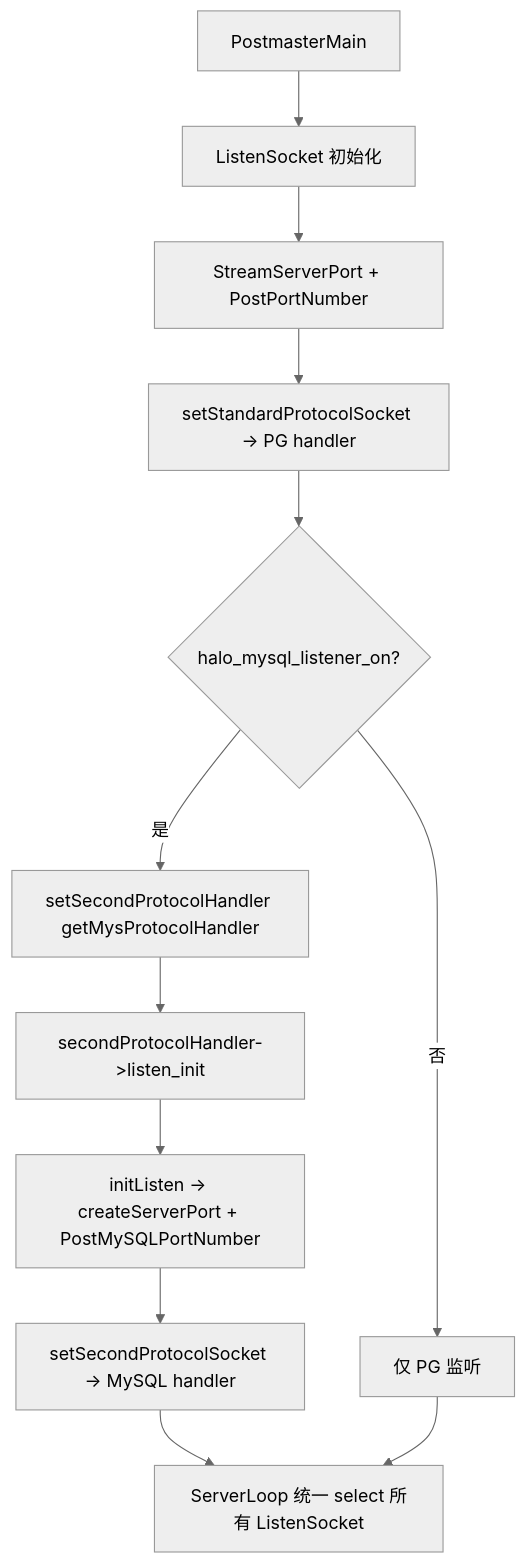
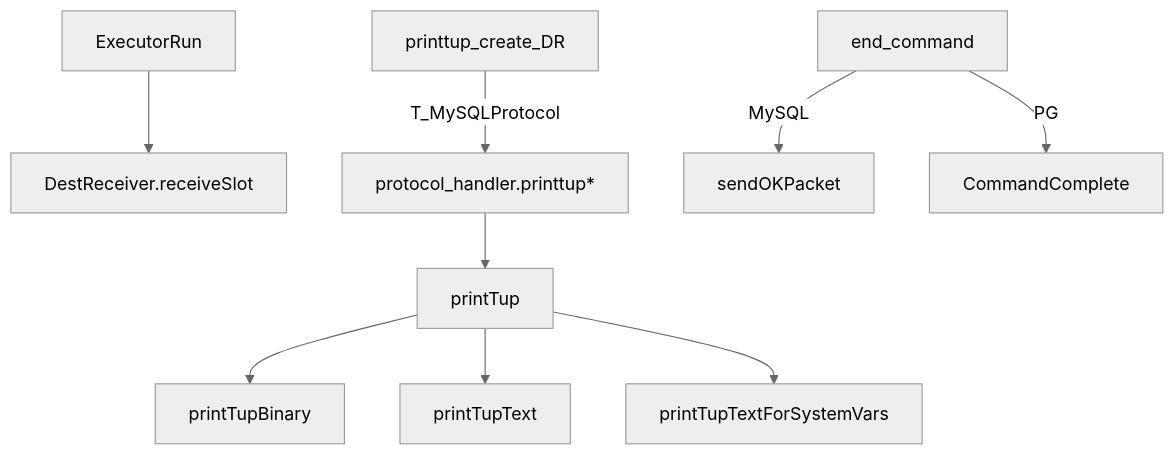
One commit to Meta11ic0/fluffynotes changed the sixth of 6 diagrams in database/openhalo-mysql-compatibility.md. Above: the diagram before and after it, drawn with Mermaid (neutral theme). The commit also changed other lines of this file, not shown here.

````diff
--- a/database/openhalo-mysql-compatibility.md
+++ b/database/openhalo-mysql-compatibility.md
@@ -568,14 +577,11 @@
 ```mermaid
 flowchart TD
-    A[PostmasterMain] --> B[ListenSocket 初始化]
-    B --> C[StreamServerPort + PostPortNumber]
-    C --> D[setStandardProtocolSocket → PG handler]
-    D --> E{halo_mysql_listener_on?}
-    E -->|是| F[setSecondProtocolHandler getMysProtocolHandler]
-    F --> G[secondProtocolHandler->listen_init]
-    G --> H[initListen → createServerPort + PostMySQLPortNumber]
-    H --> I[setSecondProtocolSocket → MySQL handler]
-    E -->|否| J[仅 PG 监听]
-    I --> K[ServerLoop 统一 select 所有 ListenSocket]
-    J --> K
+    EX[ExecutorRun] --> DR[DestReceiver.receiveSlot]
+    PCDR[printtup_create_DR] -->|T_MySQLProtocol| PH[protocol_handler.printtup*]
+    PH --> MTP[printTup]
+    MTP --> BIN[printTupBinary]
+    MTP --> TXT[printTupText]
+    MTP --> SYS[printTupTextForSystemVars]
+    EC[end_command] -->|MySQL| OK[sendOKPacket]
+    EC -->|PG| CC[CommandComplete]
 ```
````
